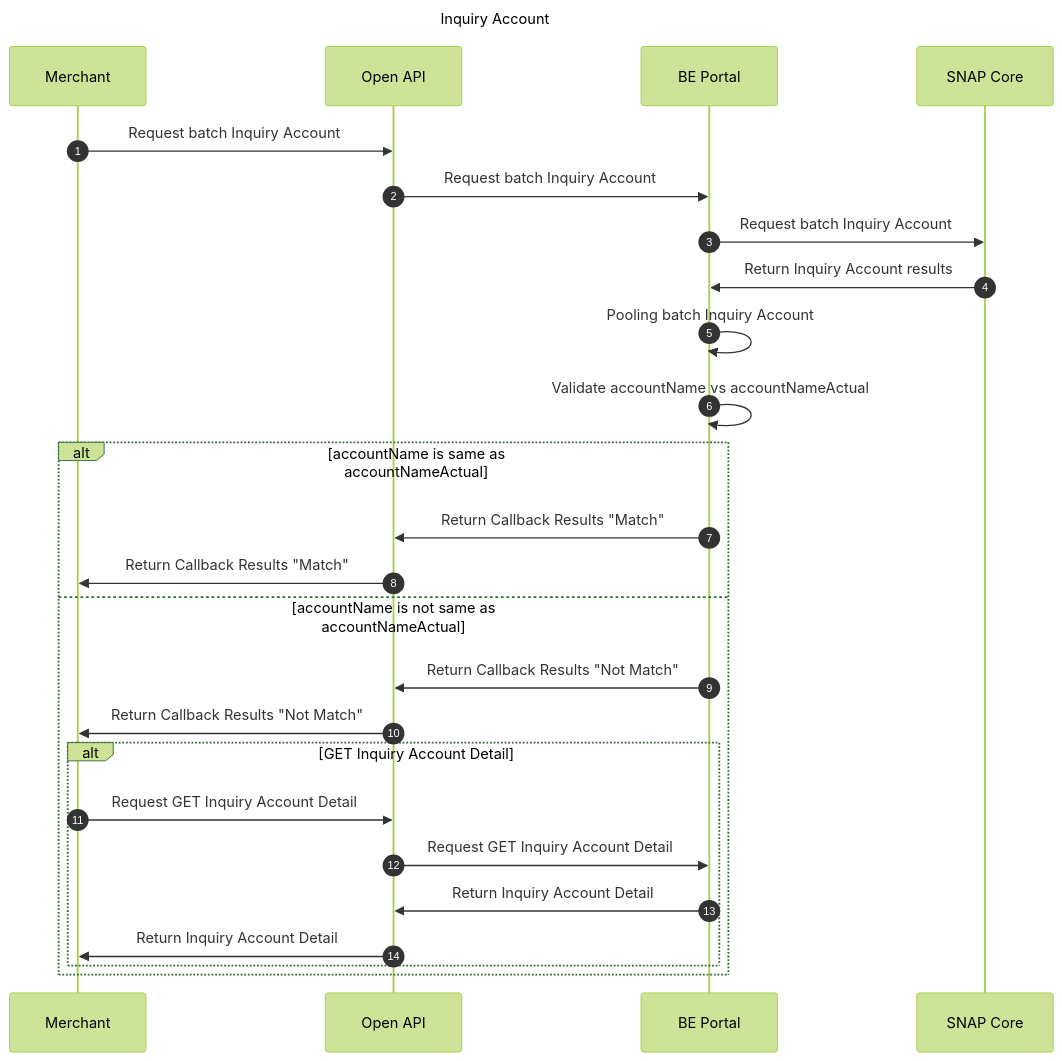
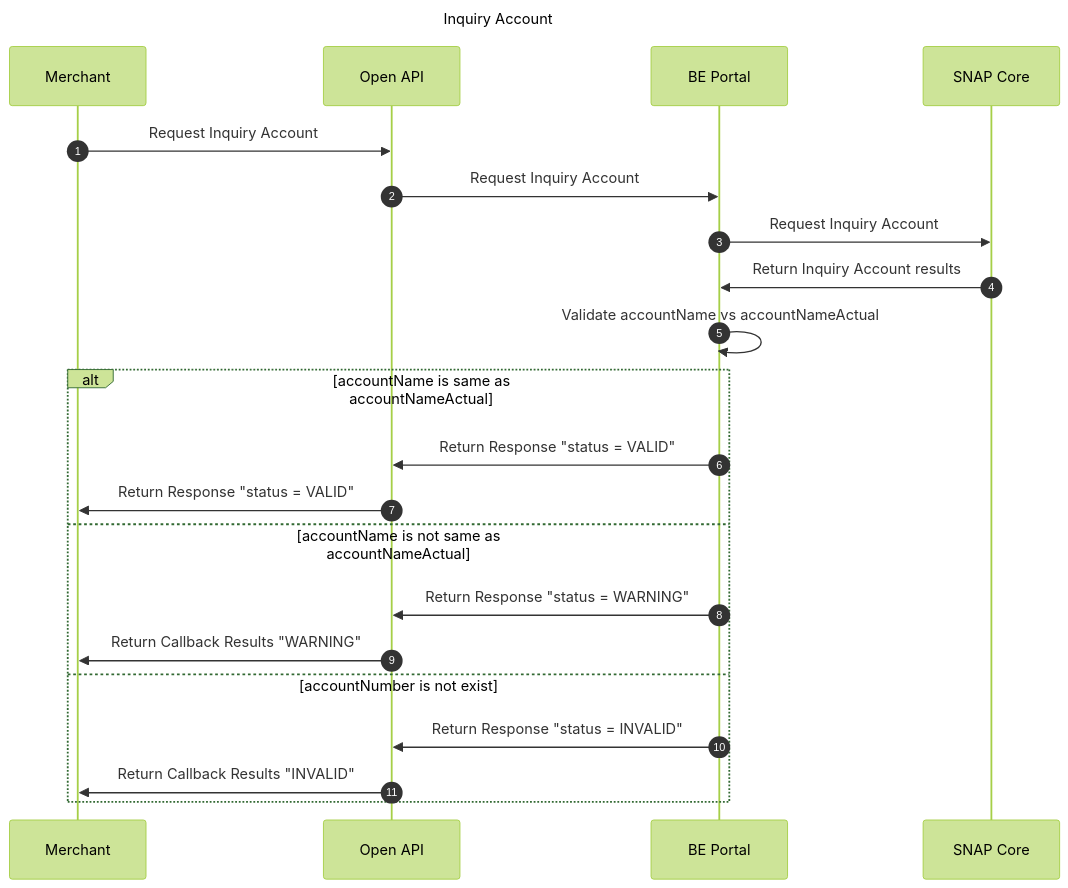
Before and after one commit to reforzaj/documentation: the diagram in inquiry-account.md, drawn with Mermaid (forest theme).

Commit message:
inquiry-account.md

````diff
--- a/inquiry-account.md
+++ b/inquiry-account.md
@@ -1,29 +1,25 @@
 ``` mermaid
 sequenceDiagram
     autonumber
     title: Inquiry Account
     participant a as Merchant
     participant b as Open API
     participant c as BE Portal
     participant d as SNAP Core
 
-    a->>b: Request batch Inquiry Account
-    b->>c: Request batch Inquiry Account
-    c->>d: Request batch Inquiry Account
+    a->>b: Request Inquiry Account
+    b->>c: Request Inquiry Account
+    c->>d: Request Inquiry Account
     d->>c: Return Inquiry Account results
-    c->>c: Pooling batch Inquiry Account
     c->>c: Validate accountName vs accountNameActual
     alt accountName is same as accountNameActual
-    c->>b: Return Callback Results "Match" 
-    b->>a: Return Callback Results "Match"
+    c->>b: Return Response "status = VALID"
+    b->>a: Return Response "status = VALID"
     else accountName is not same as accountNameActual
-    c->>b: Return Callback Results "Not Match" 
-    b->>a: Return Callback Results "Not Match" 
-    alt GET Inquiry Account Detail
-    a->>b: Request GET Inquiry Account Detail
-    b->>c: Request GET Inquiry Account Detail
-    c->>b: Return Inquiry Account Detail
-    b->>a: Return Inquiry Account Detail
-    end
+    c->>b: Return Response "status = WARNING"
+    b->>a: Return Callback Results "WARNING" 
+    else accountNumber is not exist
+    c->>b: Return Response "status = INVALID"
+    b->>a: Return Callback Results "INVALID" 
     end
 ```
````
